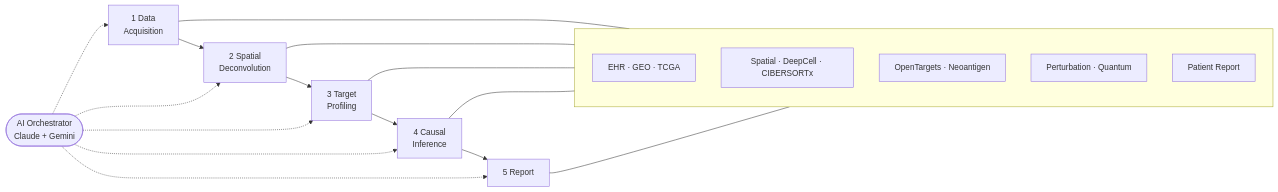
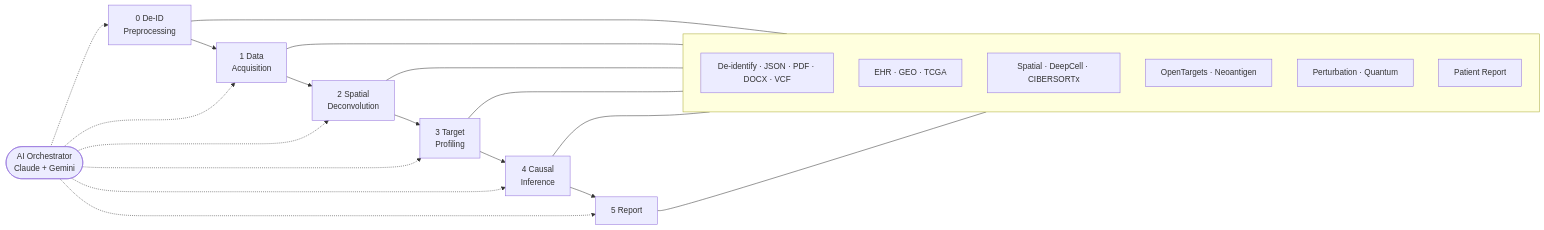
Before and after one commit to lynnlangit/spatial-mcp: the diagram in README.md, drawn with Mermaid. The commit also changed other lines of this file and 12 other files, not shown here.

````diff
--- a/README.md
+++ b/README.md
@@ -24,28 +24,32 @@
 ```mermaid
 flowchart LR
-    A["1 Data<br/>Acquisition"] --> B["2 Spatial<br/>Deconvolution"]
+    Z["0 De-ID<br/>Preprocessing"] --> A["1 Data<br/>Acquisition"]
+    A --> B["2 Spatial<br/>Deconvolution"]
     B --> C["3 Target<br/>Profiling"]
     C --> D["4 Causal<br/>Inference"]
     D --> E["5 Report"]
 
     subgraph servers [" "]
         direction TB
+        S0["De-identify · JSON · PDF · DOCX · VCF"]
         S1["EHR · GEO · TCGA"]
         S2["Spatial · DeepCell · CIBERSORTx"]
         S3["OpenTargets · Neoantigen"]
         S4["Perturbation · Quantum"]
         S5["Patient Report"]
     end
 
+    Z --- S0
     A --- S1
     B --- S2
     C --- S3
     D --- S4
     E --- S5
 
-    AI(["AI Orchestrator<br/>Claude + Gemini"]) -.-> A
+    AI(["AI Orchestrator<br/>Claude + Gemini"]) -.-> Z
+    AI -.-> A
     AI -.-> B
     AI -.-> C
     AI -.-> D
     AI -.-> E
 ```
````
